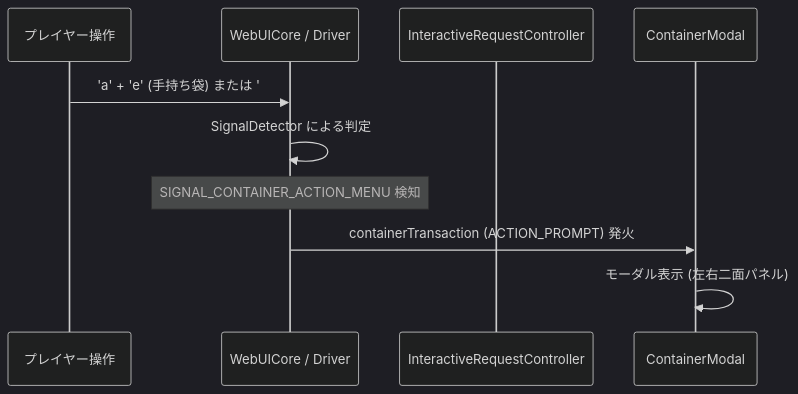
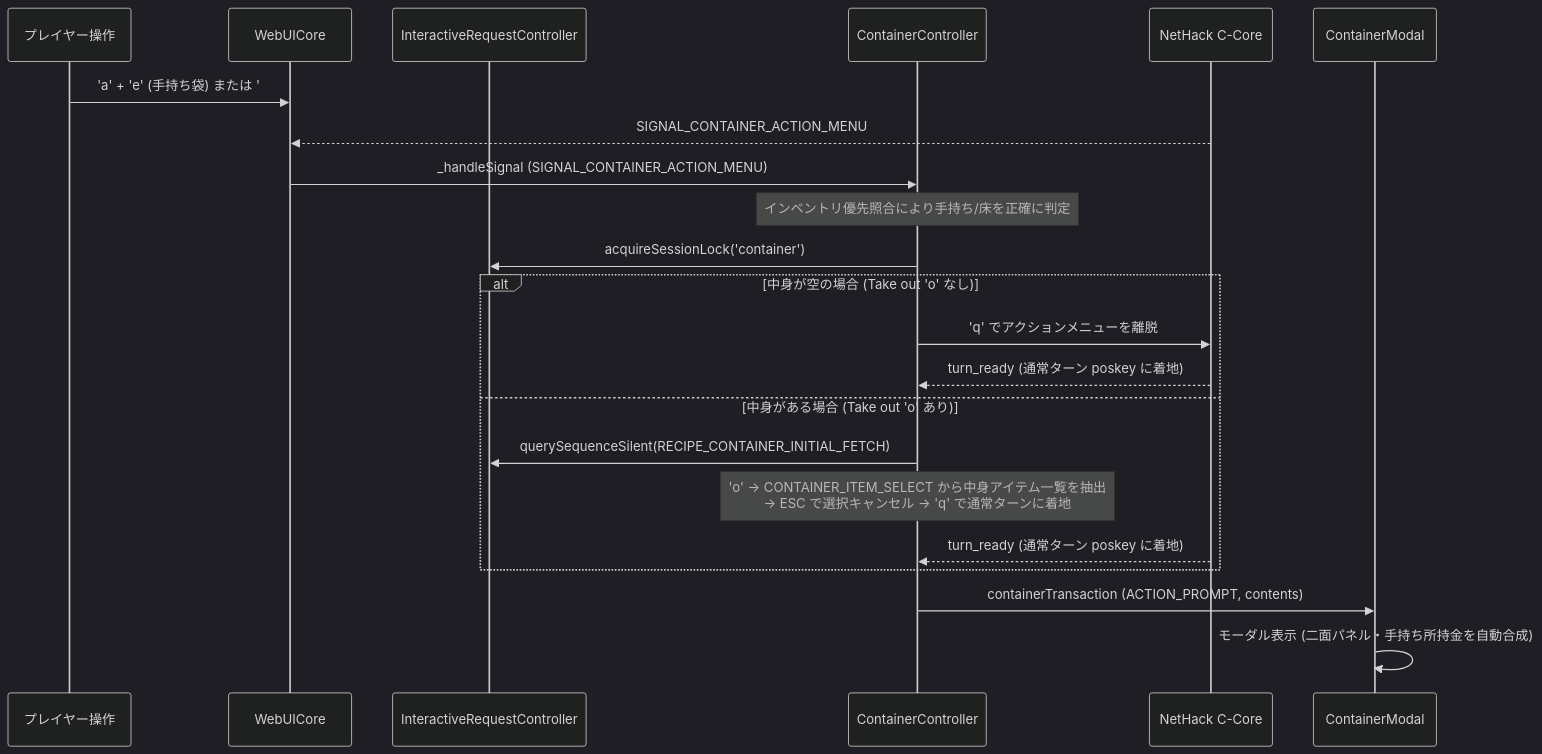
One commit to e3sh/Nethack-wasm-webUI changed the second of 4 diagrams in docs/3_gkl/Container_Interaction_Specification_IRC.md. Above: the diagram before and after it, drawn with Mermaid (dark theme). The commit also changed other lines of this file and 4 other files, not shown here.

````diff
--- a/docs/3_gkl/Container_Interaction_Specification_IRC.md
+++ b/docs/3_gkl/Container_Interaction_Specification_IRC.md
@@ -29,13 +82,27 @@
 ```mermaid
 sequenceDiagram
     participant Player as プレイヤー操作
-    participant Core as WebUICore / Driver
+    participant Core as WebUICore
     participant IRC as InteractiveRequestController
+    participant CC as ContainerController
+    participant C as NetHack C-Core
     participant UI as ContainerModal
 
     Player->>Core: 'a' + 'e' (手持ち袋) または '#loot' (床の箱)
-    Core->>Core: SignalDetector による判定
-    Note over Core: SIGNAL_CONTAINER_ACTION_MENU 検知
-    Core->>UI: containerTransaction (ACTION_PROMPT) 発火
-    UI->>UI: モーダル表示 (左右二面パネル)
+    C-->>Core: SIGNAL_CONTAINER_ACTION_MENU
+    Core->>CC: _handleSignal (SIGNAL_CONTAINER_ACTION_MENU)
+    Note over CC: インベントリ優先照合により手持ち/床を正確に判定
+    CC->>IRC: acquireSessionLock('container')
+    
+    alt 中身が空の場合 (Take out 'o' なし)
+        CC->>C: 'q' でアクションメニューを離脱
+        C-->>CC: turn_ready (通常ターン poskey に着地)
+    else 中身がある場合 (Take out 'o' あり)
+        CC->>IRC: querySequenceSilent(RECIPE_CONTAINER_INITIAL_FETCH)
+        Note over CC: 'o' -> CONTAINER_ITEM_SELECT から中身アイテム一覧を抽出<br/>-> ESC で選択キャンセル -> 'q' で通常ターンに着地
+        C-->>CC: turn_ready (通常ターン poskey に着地)
+    end
+
+    CC->>UI: containerTransaction (ACTION_PROMPT, contents)
+    UI->>UI: モーダル表示 (二面パネル・手持ち所持金を自動合成)
 ```
````
